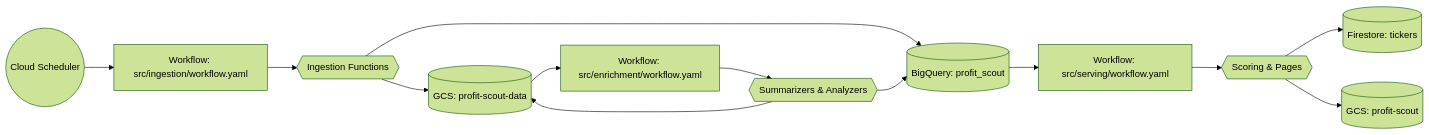
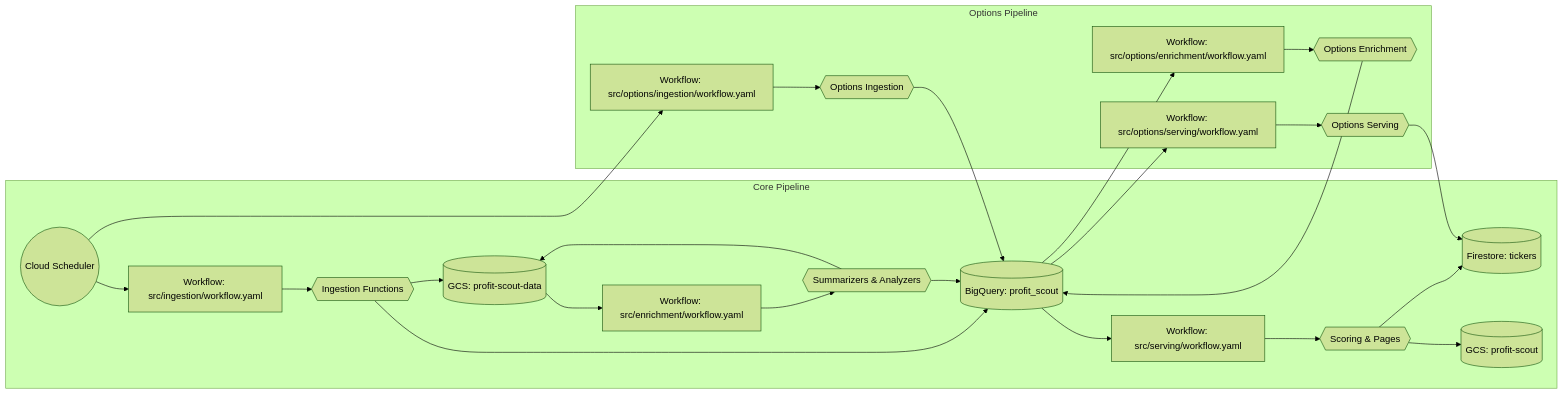
The diagram in README.md (DevDizzle/profitscout-engine), drawn with Mermaid (forest theme) before and after one commit. The commit also changed other lines of this file and 77 other files, not shown here.

````diff
--- a/README.md
+++ b/README.md
@@ -16,15 +17,29 @@
 ```mermaid
 flowchart LR
-  Scheduler((Cloud Scheduler)) --> IngestWF[Workflow: src/ingestion/workflow.yaml]
-  IngestWF --> IngestFns{{Ingestion Functions}}
-  IngestFns --> GCS[(GCS: profit-scout-data)]
-  IngestFns --> BQ[(BigQuery: profit_scout)]
-  GCS --> EnrichWF[Workflow: src/enrichment/workflow.yaml]
-  EnrichWF --> EnrichFns{{Summarizers & Analyzers}}
-  EnrichFns --> GCS
-  EnrichFns --> BQ
-  BQ --> ServeWF[Workflow: src/serving/workflow.yaml]
-  ServeWF --> ServeFns{{Scoring & Pages}}
-  ServeFns --> Firestore[(Firestore: tickers)]
-  ServeFns --> DestGCS[(GCS: profit-scout)]
+  subgraph Core Pipeline
+    Scheduler((Cloud Scheduler)) --> IngestWF[Workflow: src/ingestion/workflow.yaml]
+    IngestWF --> IngestFns{{Ingestion Functions}}
+    IngestFns --> GCS[(GCS: profit-scout-data)]
+    IngestFns --> BQ[(BigQuery: profit_scout)]
+    GCS --> EnrichWF[Workflow: src/enrichment/workflow.yaml]
+    EnrichWF --> EnrichFns{{Summarizers & Analyzers}}
+    EnrichFns --> GCS
+    EnrichFns --> BQ
+    BQ --> ServeWF[Workflow: src/serving/workflow.yaml]
+    ServeWF --> ServeFns{{Scoring & Pages}}
+    ServeFns --> Firestore[(Firestore: tickers)]
+    ServeFns --> DestGCS[(GCS: profit-scout)]
+  end
+
+  subgraph Options Pipeline
+    Scheduler --> OptionsIngestWF[Workflow: src/options/ingestion/workflow.yaml]
+    OptionsIngestWF --> OptionsIngestFns{{Options Ingestion}}
+    OptionsIngestFns --> BQ
+    BQ --> OptionsEnrichWF[Workflow: src/options/enrichment/workflow.yaml]
+    OptionsEnrichWF --> OptionsEnrichFns{{Options Enrichment}}
+    OptionsEnrichFns --> BQ
+    BQ --> OptionsServeWF[Workflow: src/options/serving/workflow.yaml]
+    OptionsServeWF --> OptionsServeFns{{Options Serving}}
+    OptionsServeFns --> Firestore
+  end
 ```
````
